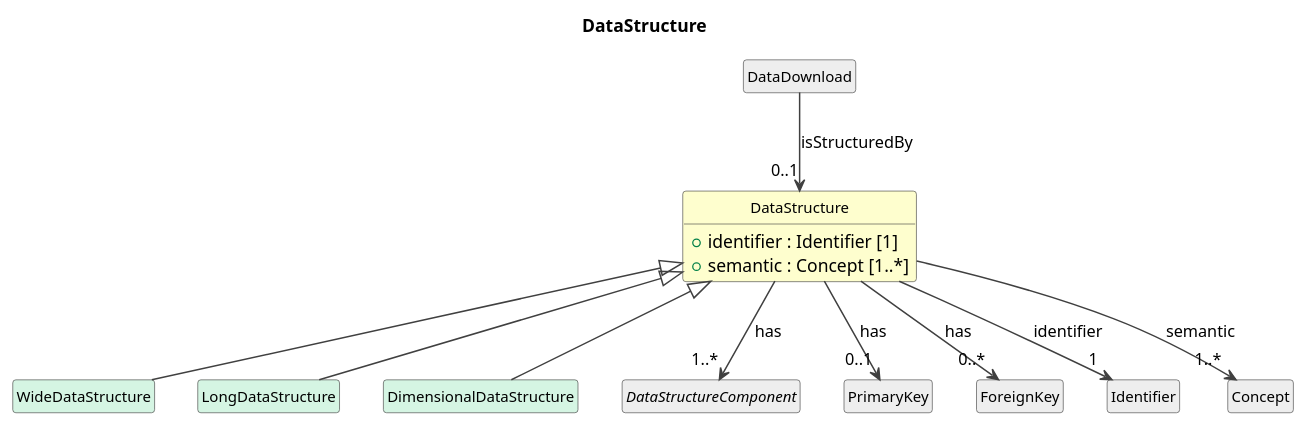
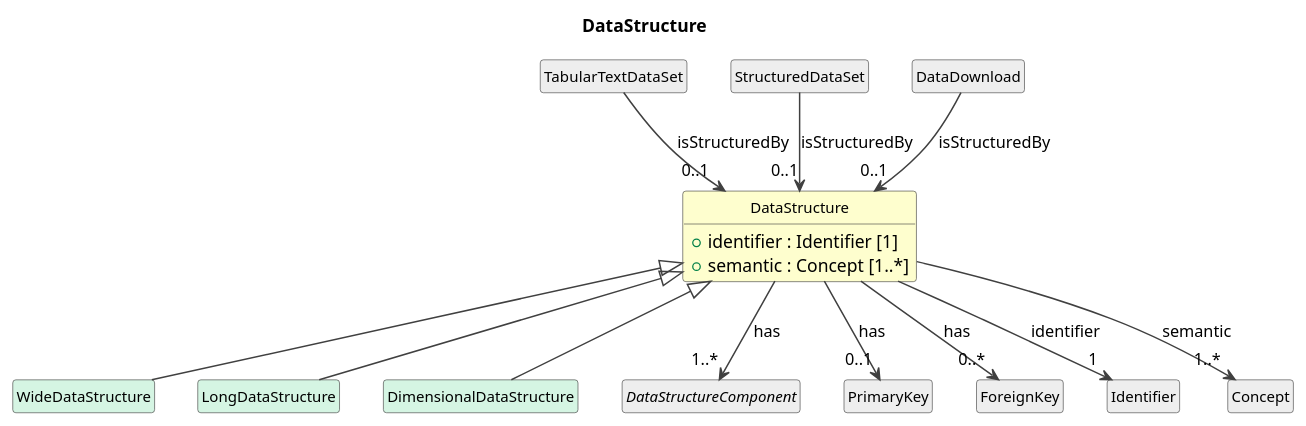
One commit to Cross-Domain-Interoperability-Framework/metadataBuildingBlocks changed the diagram in cdif-uml-model/_plantuml/cdifDataStructure/Classes/DataStructure.pu. Above: the diagram before and after it, drawn with PlantUML. The commit also changed 136 other files, not shown here.

First line of the commit message:
Regenerate UML model browser: DataDescription PhysicalDataSet subclasses

```diff
--- a/cdif-uml-model/_plantuml/cdifDataStructure/Classes/DataStructure.pu
+++ b/cdif-uml-model/_plantuml/cdifDataStructure/Classes/DataStructure.pu
@@ -1,36 +1,40 @@
 @startuml
 title DataStructure
 hide circle
 hide empty members
 skinparam shadowing false
 skinparam ArrowThickness 1.2
 skinparam class {
   ArrowColor #404040
   BorderColor #404040
   FontSize 12
 }
 
 class "DataStructure" as DataStructure #FEFECE {
   +identifier : Identifier [1]
   +semantic : Concept [1..*]
 }
 class "WideDataStructure" as WideDataStructure #D5F5E3
 DataStructure <|-- WideDataStructure
 class "LongDataStructure" as LongDataStructure #D5F5E3
 DataStructure <|-- LongDataStructure
 class "DimensionalDataStructure" as DimensionalDataStructure #D5F5E3
 DataStructure <|-- DimensionalDataStructure
 abstract class "DataStructureComponent" as DataStructureComponent #EEEEEE
 DataStructure --> "1..*" DataStructureComponent : has
 class "PrimaryKey" as PrimaryKey #EEEEEE
 DataStructure --> "0..1" PrimaryKey : has
 class "ForeignKey" as ForeignKey #EEEEEE
 DataStructure --> "0..*" ForeignKey : has
+class "TabularTextDataSet" as TabularTextDataSet #EEEEEE
+TabularTextDataSet --> "0..1" DataStructure : isStructuredBy
+class "StructuredDataSet" as StructuredDataSet #EEEEEE
+StructuredDataSet --> "0..1" DataStructure : isStructuredBy
 class "DataDownload" as DataDownload #EEEEEE
 DataDownload --> "0..1" DataStructure : isStructuredBy
 class "Identifier" as Identifier #EEEEEE
 DataStructure --> "1" Identifier : identifier
 class "Concept" as Concept #EEEEEE
 DataStructure --> "1..*" Concept : semantic
 
 @enduml
```
